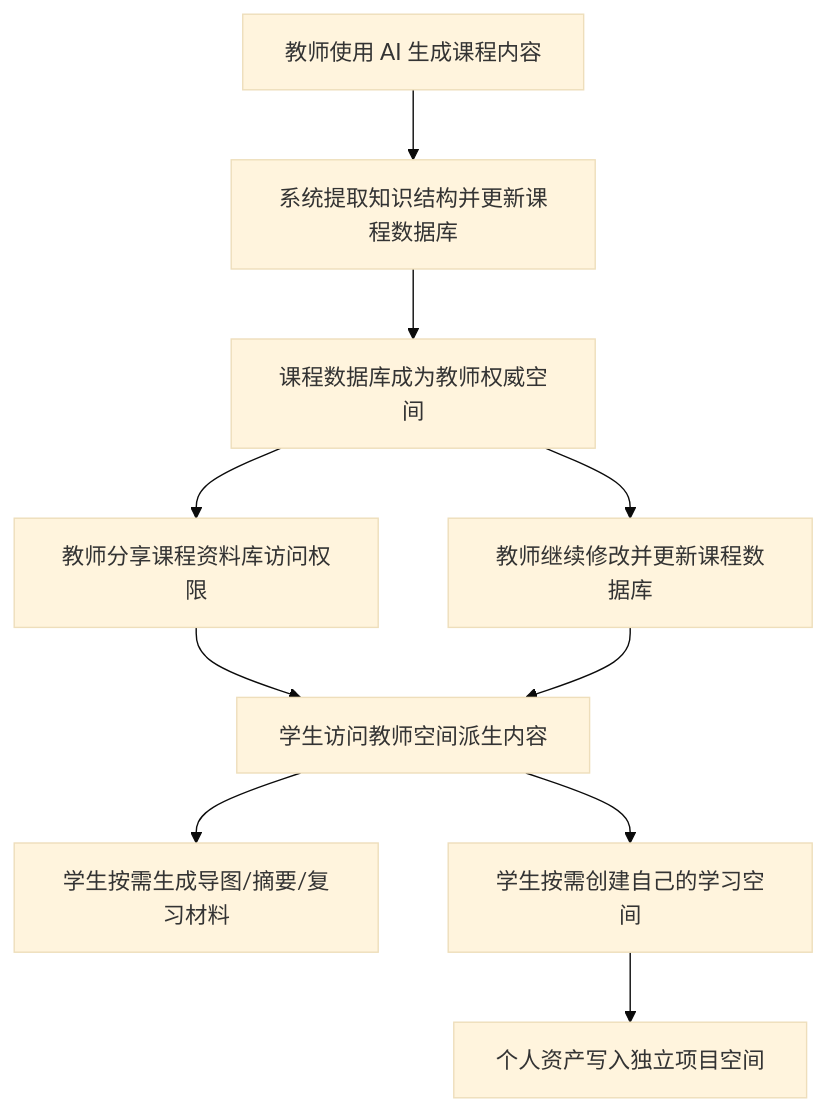
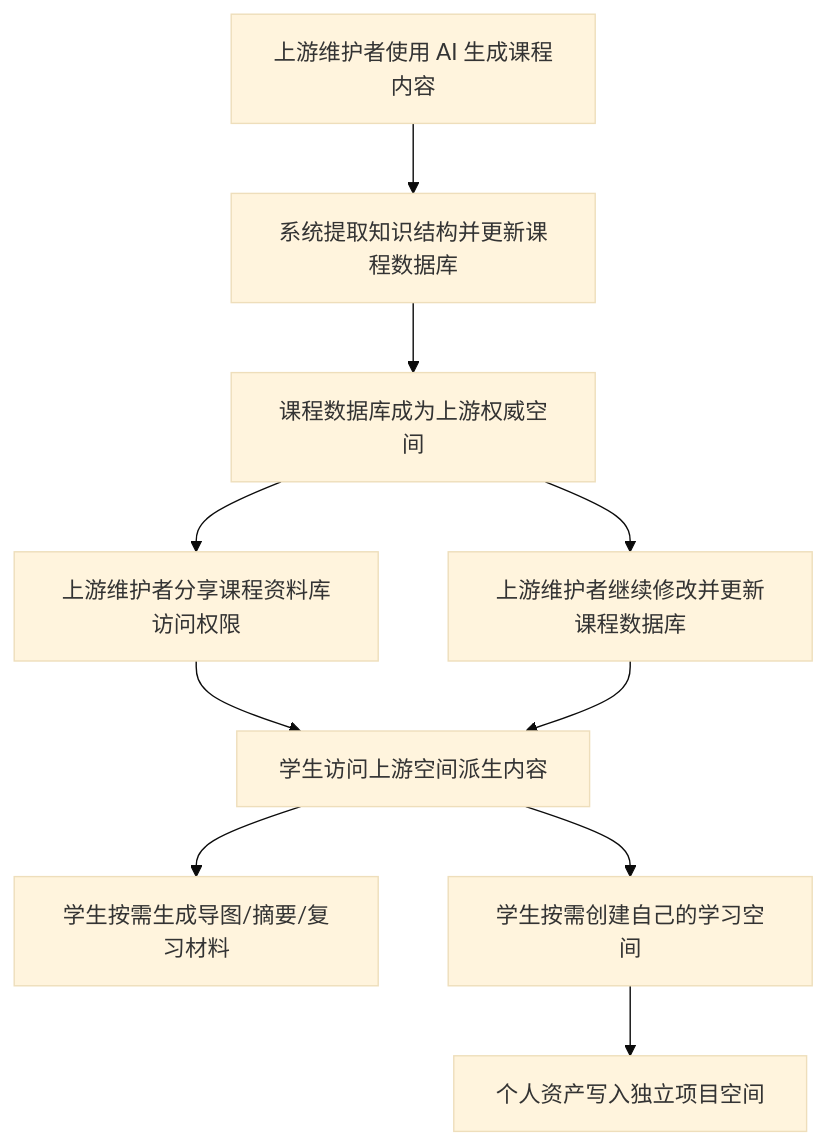
The second of 2 diagrams in docs/competition/05-key-technologies.md (ln-one/Spectra), drawn with Mermaid (base theme) before and after one commit. The commit also changed other lines of this file and 12 other files, not shown here.

````diff
--- a/docs/competition/05-key-technologies.md
+++ b/docs/competition/05-key-technologies.md
@@ -211,12 +214,12 @@
 ```mermaid
 flowchart TD
-    A["教师使用 AI 生成课程内容"] --> B["系统提取知识结构并更新课程数据库"]
-    B --> C["课程数据库成为教师权威空间"]
-    C --> D["教师分享课程资料库访问权限"]
-    D --> E["学生访问教师空间派生内容"]
+    A["上游维护者使用 AI 生成课程内容"] --> B["系统提取知识结构并更新课程数据库"]
+    B --> C["课程数据库成为上游权威空间"]
+    C --> D["上游维护者分享课程资料库访问权限"]
+    D --> E["学生访问上游空间派生内容"]
     E --> F["学生按需生成导图/摘要/复习材料"]
     E --> G["学生按需创建自己的学习空间"]
     G --> H["个人资产写入独立项目空间"]
-    C --> I["教师继续修改并更新课程数据库"]
+    C --> I["上游维护者继续修改并更新课程数据库"]
     I --> E
 ```
````
